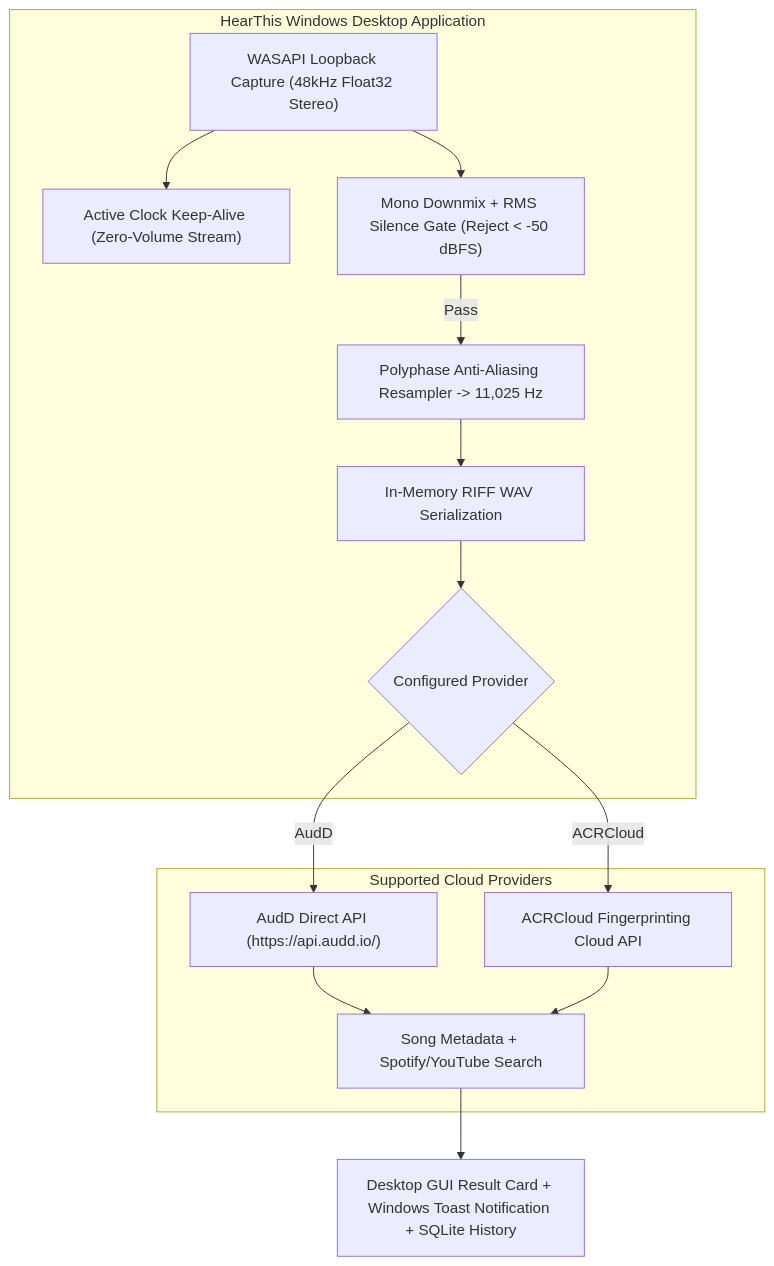
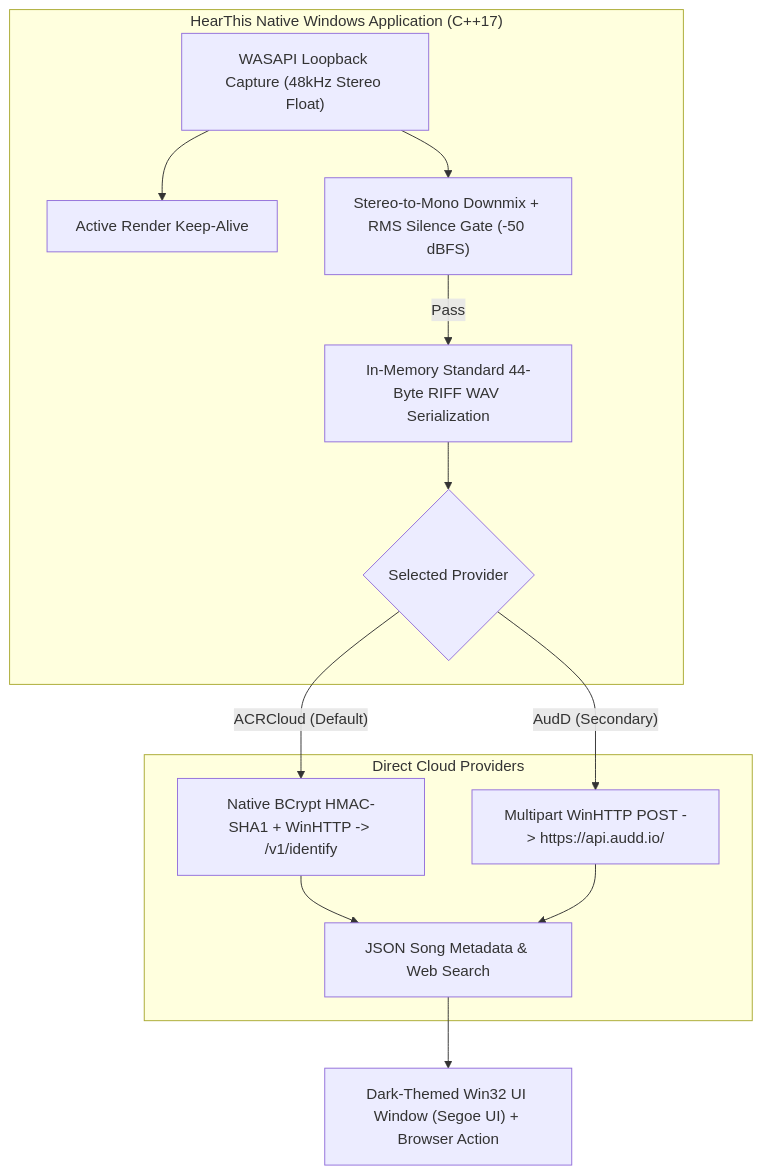
Before and after one commit to Deepesh70/song-detector: the diagram in README.md, drawn with Mermaid. The commit also changed other lines of this file and 44 other files, not shown here.

Commit message:
feat: migrate to native C++17 standalone desktop client

````diff
--- a/README.md
+++ b/README.md
@@ -25,19 +26,18 @@
 ```mermaid
 flowchart TD
-    subgraph DesktopClient ["HearThis Windows Desktop Application"]
-        A["WASAPI Loopback Capture (48kHz Float32 Stereo)"] --> B["Active Clock Keep-Alive (Zero-Volume Stream)"]
-        A --> C["Mono Downmix + RMS Silence Gate (Reject < -50 dBFS)"]
-        C -->|"Pass"| D["Polyphase Anti-Aliasing Resampler -> 11,025 Hz"]
-        D --> E["In-Memory RIFF WAV Serialization"]
-        E --> F{"Configured Provider"}
+    subgraph NativeApp ["HearThis Native Windows Application (C++17)"]
+        A["WASAPI Loopback Capture (48kHz Stereo Float)"] --> B["Active Render Keep-Alive"]
+        A --> C["Stereo-to-Mono Downmix + RMS Silence Gate (-50 dBFS)"]
+        C -->|"Pass"| D["In-Memory Standard 44-Byte RIFF WAV Serialization"]
+        D --> E{"Selected Provider"}
     end
 
-    subgraph CloudAPIs ["Supported Cloud Providers"]
-        F -->|"AudD"| G["AudD Direct API (https://api.audd.io/)"]
-        F -->|"ACRCloud"| H["ACRCloud Fingerprinting Cloud API"]
-        G --> I["Song Metadata + Spotify/YouTube Search"]
-        H --> I
+    subgraph Providers ["Direct Cloud Providers"]
+        E -->|"ACRCloud (Default)"| F["Native BCrypt HMAC-SHA1 + WinHTTP -> /v1/identify"]
+        E -->|"AudD (Secondary)"| G["Multipart WinHTTP POST -> https://api.audd.io/"]
+        F --> H["JSON Song Metadata & Web Search"]
+        G --> H
     end
 
-    I --> J["Desktop GUI Result Card + Windows Toast Notification + SQLite History"]
+    H --> I["Dark-Themed Win32 UI Window (Segoe UI) + Browser Action"]
 ```
````
